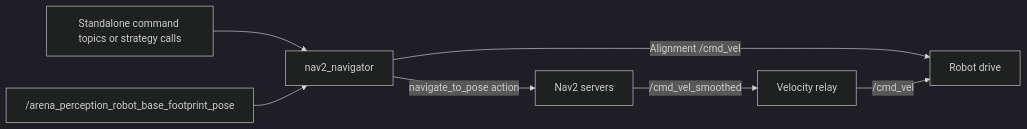
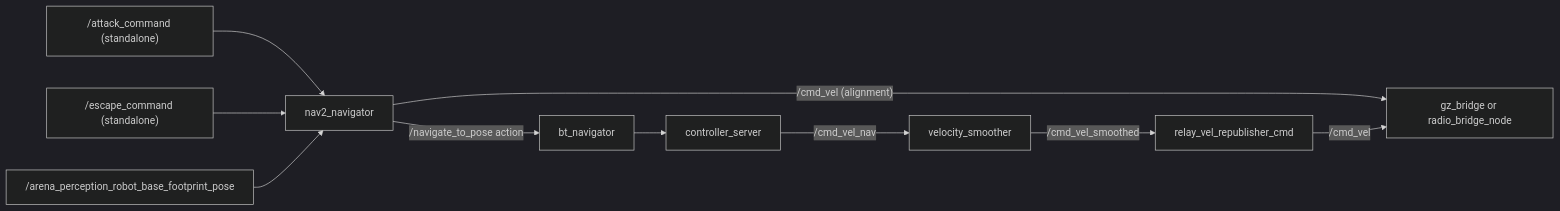
One commit to eubotx/robofetz_as changed the third of 3 diagrams in docs/packages/robot_navigation.md. Above: the diagram before and after it, drawn with Mermaid (dark theme). The commit also changed other lines of this file and 22 other files, not shown here.

````diff
--- a/docs/packages/robot_navigation.md
+++ b/docs/packages/robot_navigation.md
@@ -110,9 +112,12 @@
 ```mermaid
 flowchart LR
-  Input["Standalone command topics or strategy calls"] --> Wrapper["nav2_navigator"]
+  Attack["/attack_command (standalone)"] --> Wrapper["nav2_navigator"]
+  Escape["/escape_command (standalone)"] --> Wrapper
   Pose["/arena_perception_robot_base_footprint_pose"] --> Wrapper
-  Wrapper -->|"Alignment /cmd_vel"| Drive["Robot drive"]
-  Wrapper -->|"navigate_to_pose action"| Nav2["Nav2 servers"]
-  Nav2 -->|"/cmd_vel_smoothed"| Relay["Velocity relay"]
+  Wrapper -->|"/cmd_vel (alignment)"| Drive["gz_bridge or radio_bridge_node"]
+  Wrapper -->|"/navigate_to_pose action"| Nav2["bt_navigator"]
+  Nav2 --> Controller["controller_server"]
+  Controller -->|"/cmd_vel_nav"| Smoother["velocity_smoother"]
+  Smoother -->|"/cmd_vel_smoothed"| Relay["relay_vel_republisher_cmd"]
   Relay -->|"/cmd_vel"| Drive
 ```
````
